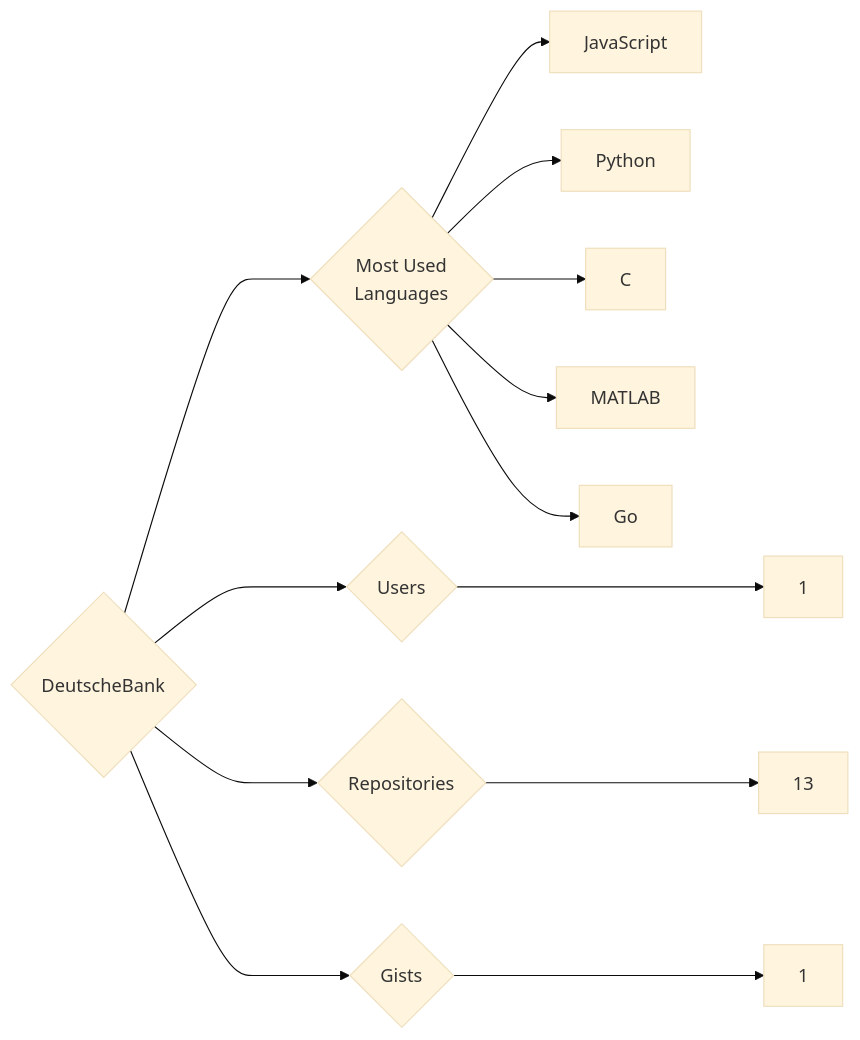
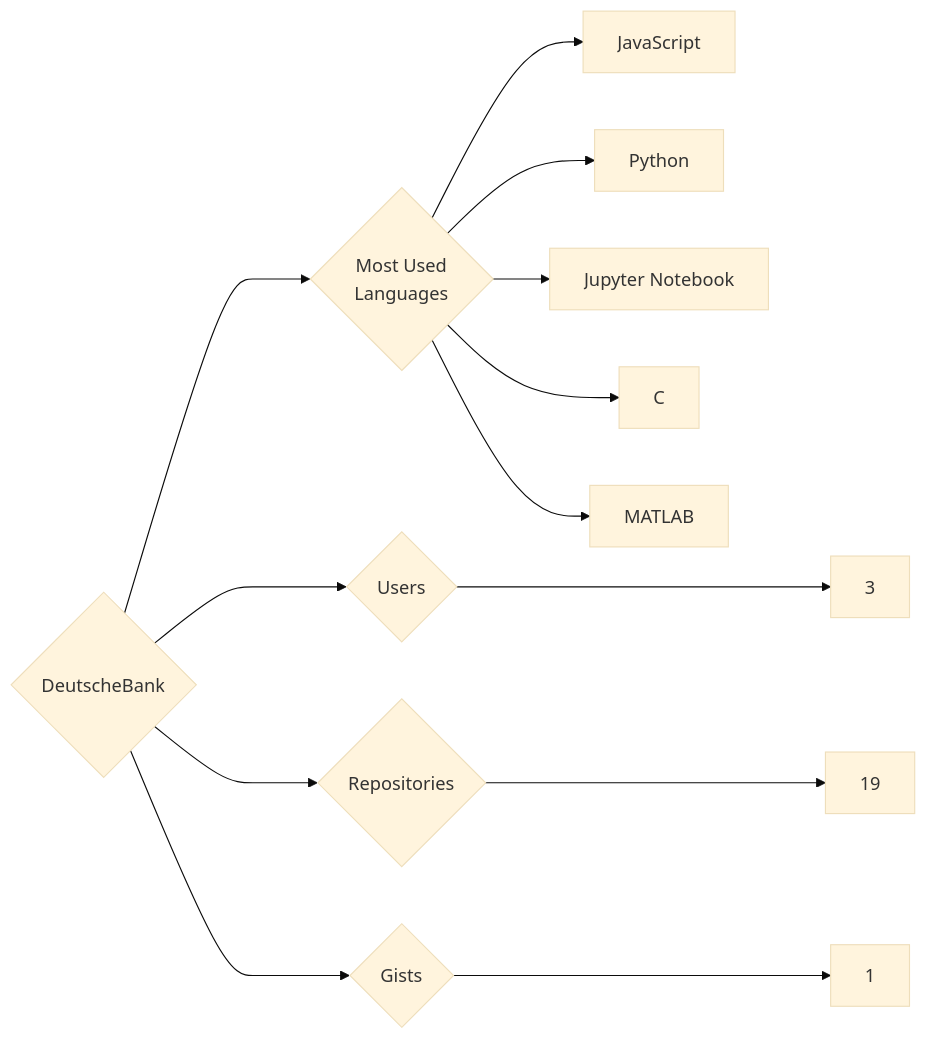
The diagram in targets/DeutscheBank/README.md (trickest/insiders), drawn with Mermaid (base theme) before and after one commit. The commit also changed 873 other files, not shown here.

````diff
--- a/targets/DeutscheBank/README.md
+++ b/targets/DeutscheBank/README.md
@@ -3,13 +3,13 @@
 ```mermaid
 graph LR
 COMPANY_NAME{DeutscheBank}
-COMPANY_NAME ---> U{Users} ---> UN[1]
-COMPANY_NAME ---> R{Repositories} ---> RN[13]
+COMPANY_NAME ---> U{Users} ---> UN[3]
+COMPANY_NAME ---> R{Repositories} ---> RN[19]
 COMPANY_NAME ---> G{Gists} ---> GN[1]
 COMPANY_NAME ---> ML{Most Used<br>Languages}
 ML --> JavaScript[JavaScript]
 ML --> Python[Python]
+ML --> Jupyter_Notebook[Jupyter Notebook]
 ML --> C[C]
 ML --> MATLAB[MATLAB]
-ML --> Go[Go]
 ```
````
